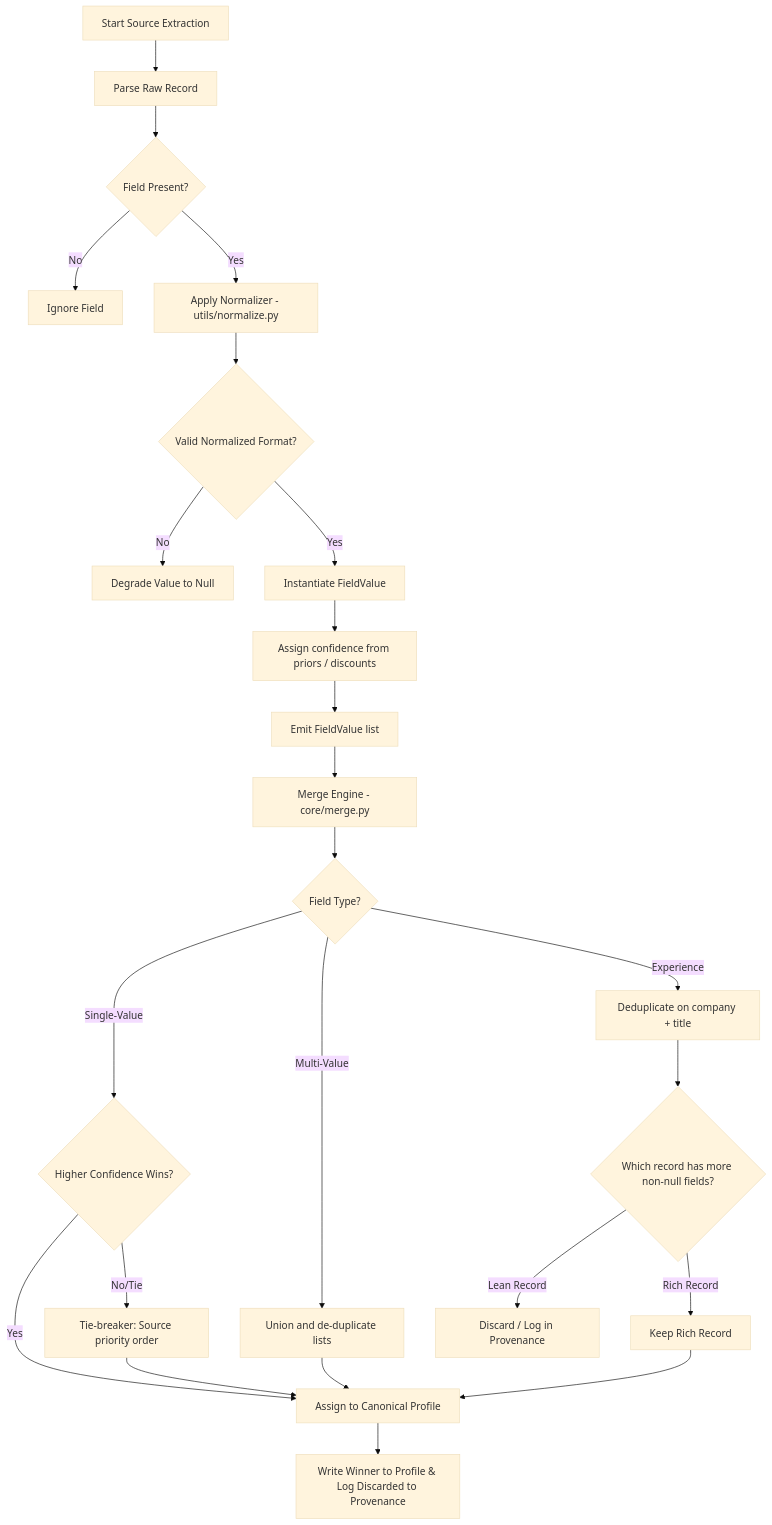
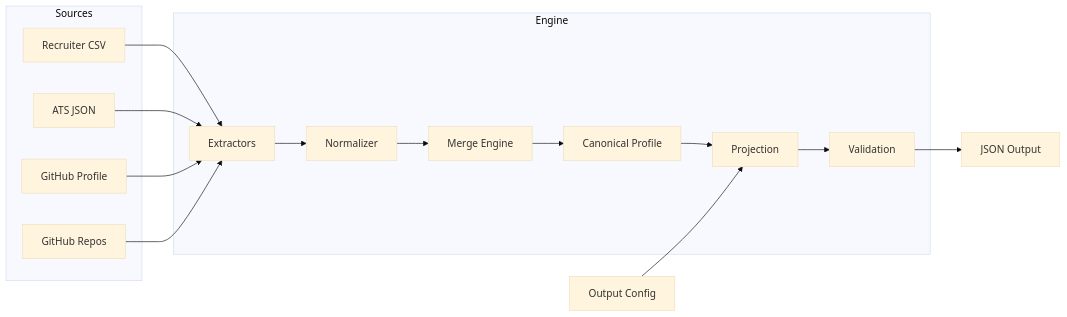
Before and after one commit to ramalokeshreddyp/Candidate-Data-Transformer: the second of 3 diagrams in projectdocumentation.md, drawn with Mermaid (base theme). The commit also changed other lines of this file and 7 other files, not shown here.

````diff
--- a/projectdocumentation.md
+++ b/projectdocumentation.md
@@ -63,26 +127,26 @@
 ```mermaid
-graph TD
-    A[Start Source Extraction] --> B[Parse Raw Record]
-    B --> C{Field Present?}
-    C -->|No| D[Ignore Field]
-    C -->|Yes| E[Apply Normalizer - utils/normalize.py]
-    E --> F{Valid Normalized Format?}
-    F -->|No| G[Degrade Value to Null]
-    F -->|Yes| H[Instantiate FieldValue]
-    H --> I[Assign confidence from priors / discounts]
-    I --> J[Emit FieldValue list]
-    J --> K[Merge Engine - core/merge.py]
-    K --> L{Field Type?}
-    L -->|Single-Value| M{Higher Confidence Wins?}
-    M -->|Yes| N[Assign to Canonical Profile]
-    M -->|No/Tie| O[Tie-breaker: Source priority order]
-    O --> N
-    L -->|Multi-Value| P[Union and de-duplicate lists]
-    P --> N
-    L -->|Experience| Q[Deduplicate on company + title]
-    Q --> R{Which record has more non-null fields?}
-    R -->|Rich Record| S[Keep Rich Record]
-    R -->|Lean Record| T[Discard / Log in Provenance]
-    S --> N
-    N --> U[Write Winner to Profile & Log Discarded to Provenance]
+graph LR
+    subgraph Sources
+        A[Recruiter CSV]
+        B[ATS JSON]
+        C[GitHub Profile]
+        D[GitHub Repos]
+    end
+
+    subgraph Engine
+        E[Extractors]
+        F[Normalizer]
+        G[Merge Engine]
+        H[Canonical Profile]
+        I[Projection]
+        J[Validation]
+    end
+
+    A --> E
+    B --> E
+    C --> E
+    D --> E
+    E --> F --> G --> H --> I --> J
+    K[Output Config] --> I
+    J --> L[JSON Output]
 ```
````
